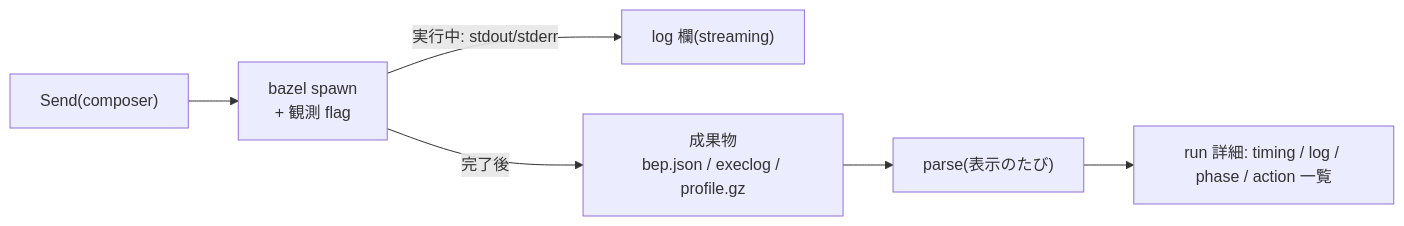
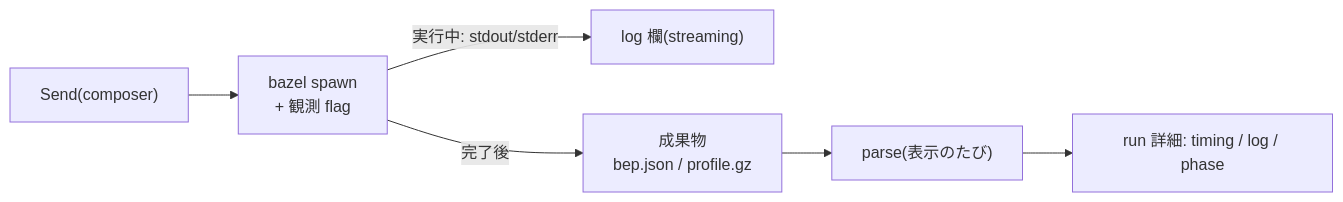
The diagram in docs/design/m2-run-detail.md (OhataKenji/zeal), drawn with Mermaid before and after one commit. The commit also changed other lines of this file and 2 other files, not shown here.

Commit message:
Drop the action list from M2

````diff
--- a/docs/design/m2-run-detail.md
+++ b/docs/design/m2-run-detail.md
@@ -36,8 +34,8 @@
 ```mermaid
 flowchart LR
     SEND["Send(composer)"] --> SPAWN["bazel spawn<br/>+ 観測 flag"]
     SPAWN -->|"実行中: stdout/stderr"| LOG["log 欄(streaming)"]
-    SPAWN -->|"完了後"| ART["成果物<br/>bep.json / execlog / profile.gz"]
+    SPAWN -->|"完了後"| ART["成果物<br/>bep.json / profile.gz"]
     ART --> INGEST["parse(表示のたび)"]
-    INGEST --> VIEW["run 詳細: timing / log / phase / action 一覧"]
+    INGEST --> VIEW["run 詳細: timing / log / phase"]
 ```
````
